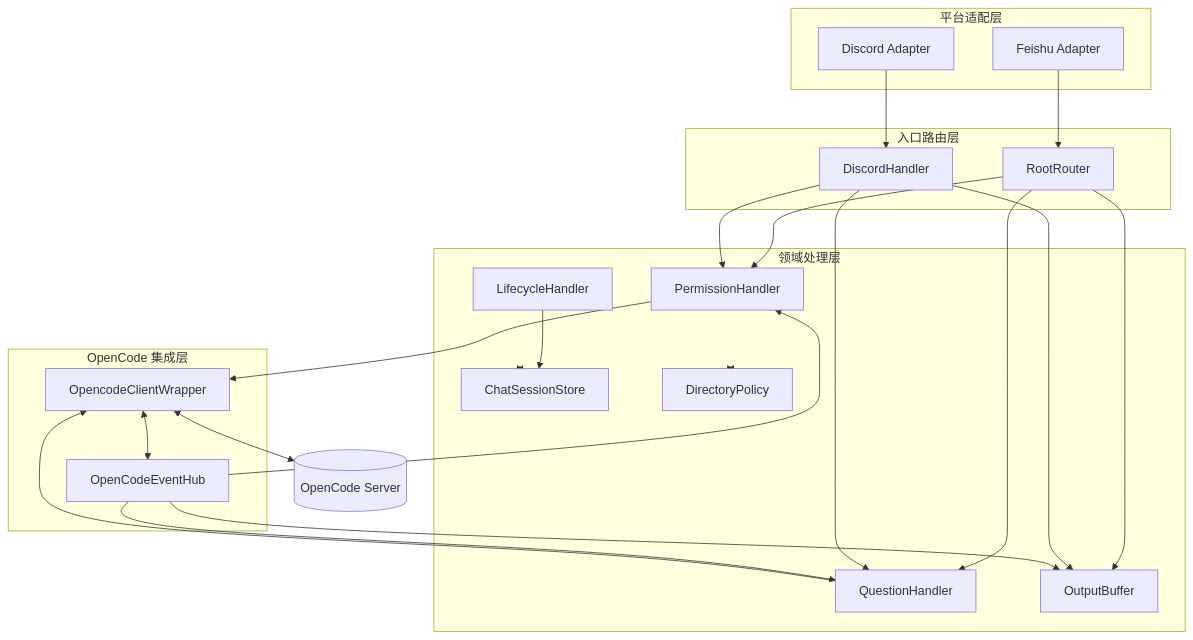
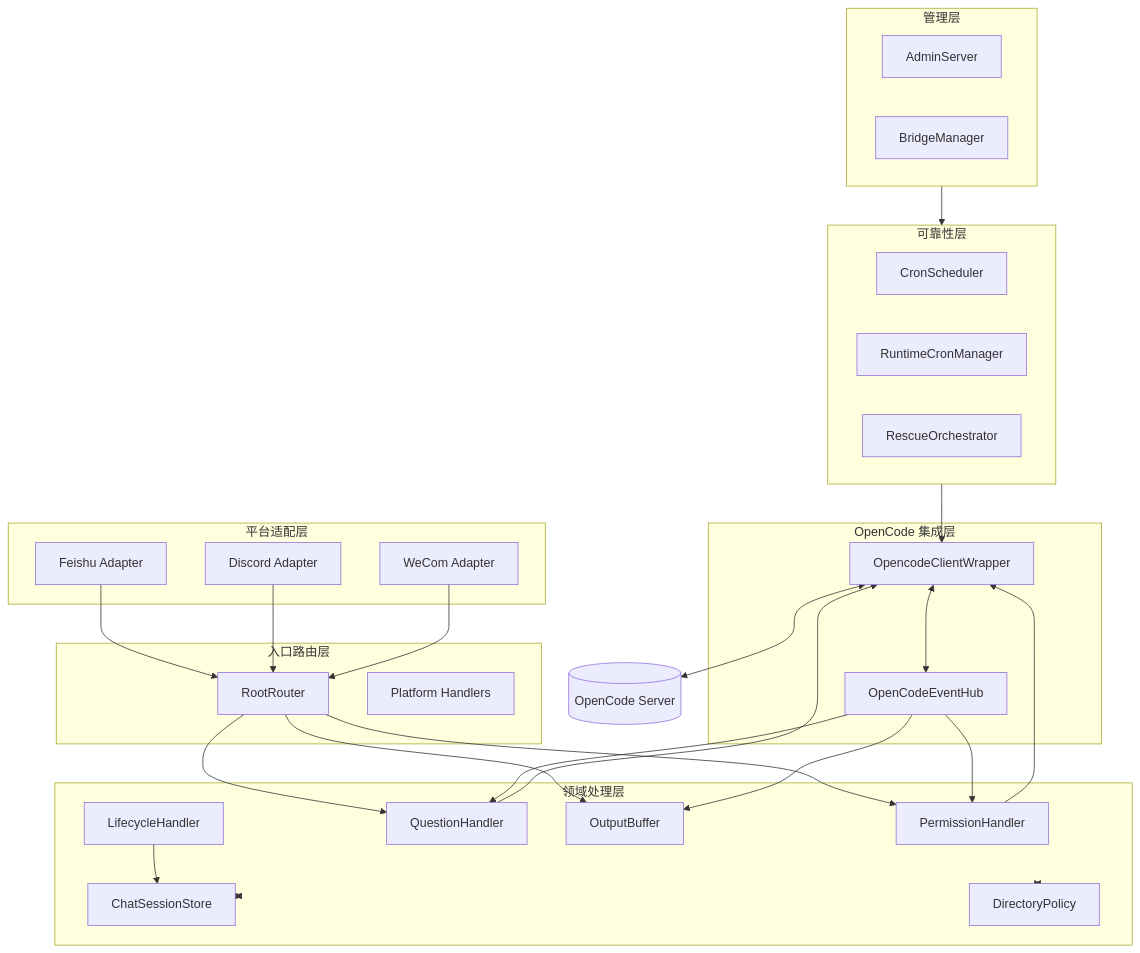
Before and after one commit to HNGM-HP/feishu-opencode-bridge: the diagram in assets/docs/architecture.md, drawn with Mermaid. The commit also changed other lines of this file and 64 other files, not shown here.

````diff
--- a/assets/docs/architecture.md
+++ b/assets/docs/architecture.md
@@ -14,48 +14,61 @@
 ```mermaid
 flowchart TB
   subgraph PlatformAdapters[平台适配层]
     FE[Feishu Adapter]
     DC[Discord Adapter]
+    WC[WeCom Adapter]
   end
 
   subgraph Ingress[入口路由层]
     RR[RootRouter]
-    DH[DiscordHandler]
+    PH[Platform Handlers]
   end
 
   subgraph Domain[领域处理层]
-    PH[PermissionHandler]
+    PermH[PermissionHandler]
     QH[QuestionHandler]
     OB[OutputBuffer]
     CS[ChatSessionStore]
     DP[DirectoryPolicy]
     LC[LifecycleHandler]
   end
 
   subgraph OpenCodeIntegration[OpenCode 集成层]
     OC[OpencodeClientWrapper]
     EH[OpenCodeEventHub]
   end
 
+  subgraph Reliability[可靠性层]
+    CronS[CronScheduler]
+    RCM[RuntimeCronManager]
+    RO[RescueOrchestrator]
+  end
+
+  subgraph Management[管理层]
+    AS[AdminServer]
+    BM[BridgeManager]
+  end
+
   FE --> RR
-  RR --> PH
+  DC --> RR
+  WC --> RR
+  
+  RR --> PermH
   RR --> QH
   RR --> OB
 
-  DC --> DH
-  DH --> PH
-  DH --> QH
-  DH --> OB
-
-  PH --> OC
+  PermH --> OC
   QH --> OC
   EH --> OB
-  EH --> PH
+  EH --> PermH
   EH --> QH
 
   Domain <--> CS
   Domain <--> DP
   OC <--> EH
   OC <--> OpenCodeServer[(OpenCode Server)]
   LC --> CS
+  
+  Reliability --> OC
+  Management --> Reliability
 ```
````
